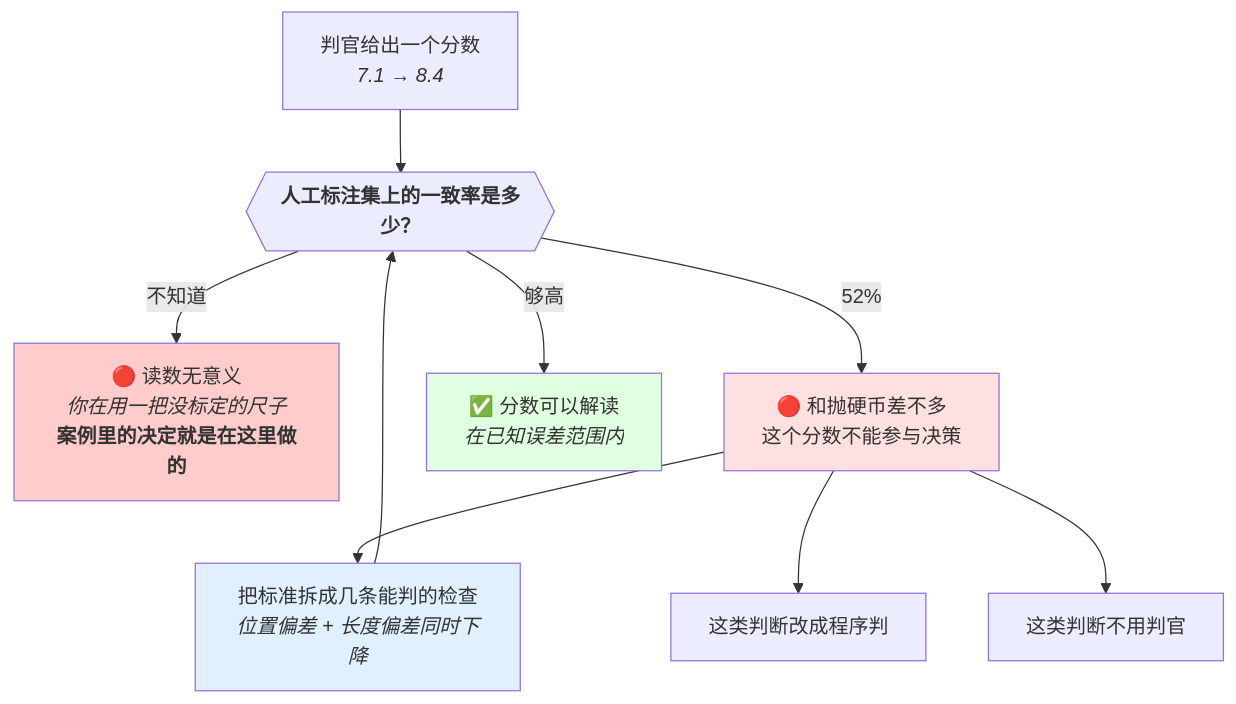
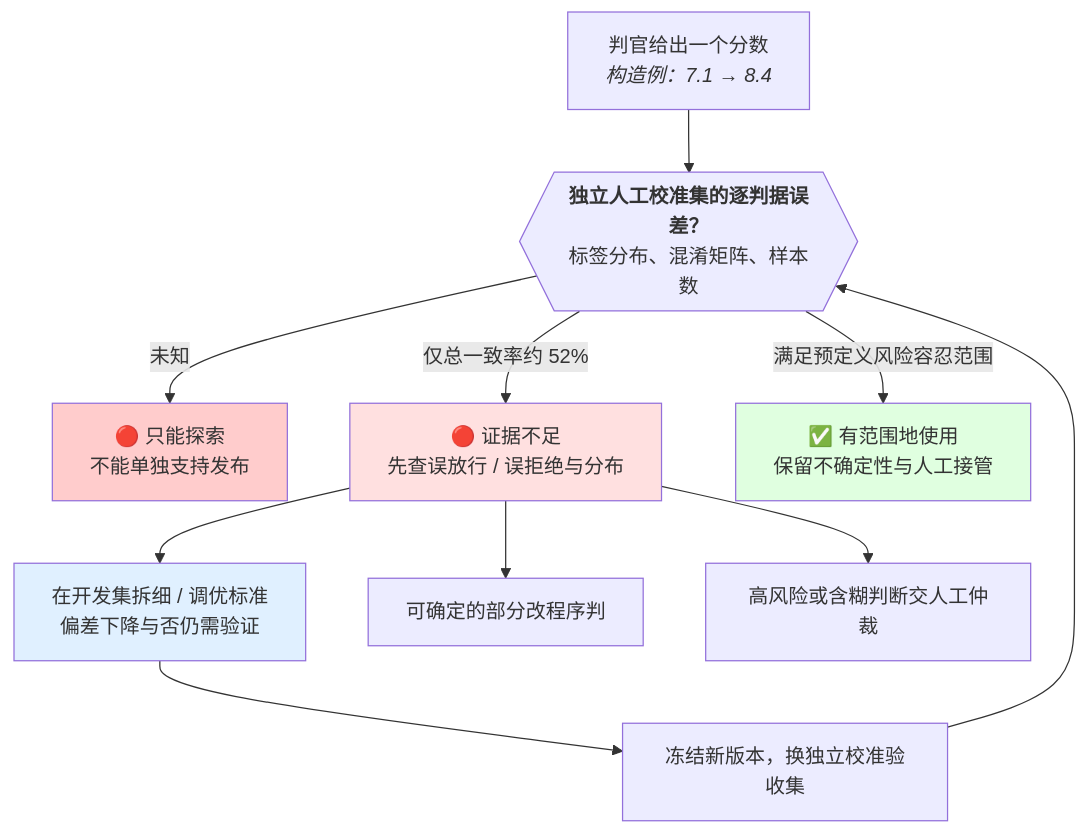
Before and after one commit to didadila/ai-agent-handbook: the fifth of 10 diagrams in handbook/ai-agent/06-评估.md, drawn with Mermaid. The commit also changed other lines of this file and 211 other files, not shown here.

````diff
--- a/handbook/ai-agent/06-评估.md
+++ b/handbook/ai-agent/06-评估.md
@@ -437,18 +477,19 @@
 ```mermaid
 flowchart TB
-    J["判官给出一个分数<br/><i>7.1 → 8.4</i>"] --> GATE{{"<b>人工标注集上的一致率是多少？</b>"}}
+    J["判官给出一个分数<br/><i>构造例：7.1 → 8.4</i>"] --> GATE{{"<b>独立人工校准集的逐判据误差？</b><br/>标签分布、混淆矩阵、样本数"}}
 
-    GATE -->|"不知道"| U["🔴 读数无意义<br/><i>你在用一把没标定的尺子</i><br/><b>案例里的决定就是在这里做的</b>"]
-    GATE -->|"52%"| LOW["🔴 和抛硬币差不多<br/>这个分数不能参与决策"]
-    GATE -->|"够高"| OK["✅ 分数可以解读<br/><i>在已知误差范围内</i>"]
+    GATE -->|"未知"| U["🔴 只能探索<br/>不能单独支持发布"]
+    GATE -->|"仅总一致率约 52%"| LOW["🔴 证据不足<br/>先查误放行 / 误拒绝与分布"]
+    GATE -->|"满足预定义风险容忍范围"| OK["✅ 有范围地使用<br/>保留不确定性与人工接管"]
 
-    LOW --> R1["把标准拆成几条能判的检查<br/><i>位置偏差 + 长度偏差同时下降</i>"]
-    LOW --> R2["这类判断改成程序判"]
-    LOW --> R3["这类判断不用判官"]
-    R1 --> GATE
+    LOW --> R1["在开发集拆细 / 调优标准<br/>偏差下降与否仍需验证"]
+    LOW --> R2["可确定的部分改程序判"]
+    LOW --> R3["高风险或含糊判断交人工仲裁"]
+    R1 --> NEW["冻结新版本，换独立校准验收集"]
+    NEW --> GATE
 
     style U fill:#ffcccc
     style LOW fill:#ffe0e0
     style OK fill:#e0ffe0
     style R1 fill:#e0f0ff
 ```
````
